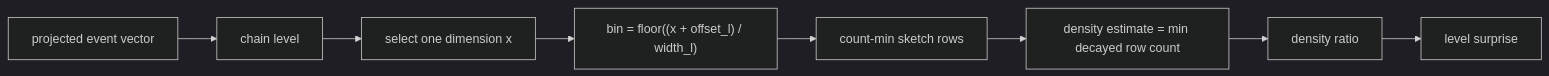
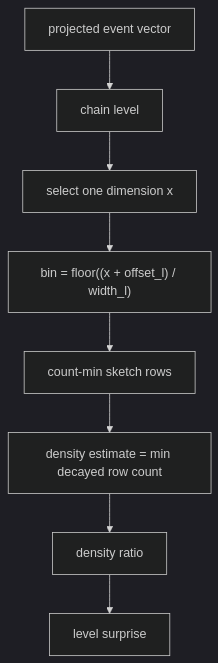
Before and after one commit to Bing-su/rcf3: the third of 5 diagrams in docs/featuresketch/research.md, drawn with Mermaid (dark theme). The commit also changed other lines of this file, not shown here.

Commit message:
docs(featuresketch): replace LR chart to TD chart

````diff
--- a/docs/featuresketch/research.md
+++ b/docs/featuresketch/research.md
@@ -272,10 +272,10 @@
 ```mermaid
-flowchart LR
+flowchart TD
     event["projected event vector"] --> level["chain level"]
     level --> select["select one dimension x"]
     select --> bin["bin = floor((x + offset_l) / width_l)"]
     bin --> cms["count-min sketch rows"]
     cms --> count["density estimate = min decayed row count"]
     count --> ratio["density ratio"]
     ratio --> surprise["level surprise"]
 ```
````
